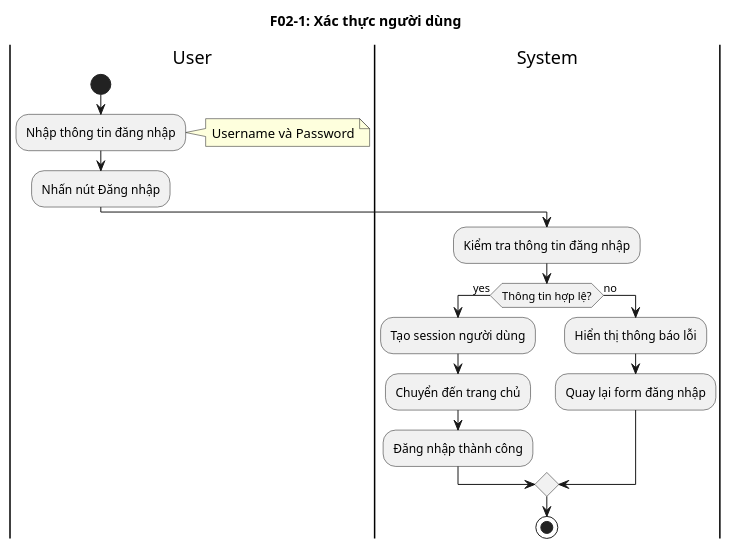
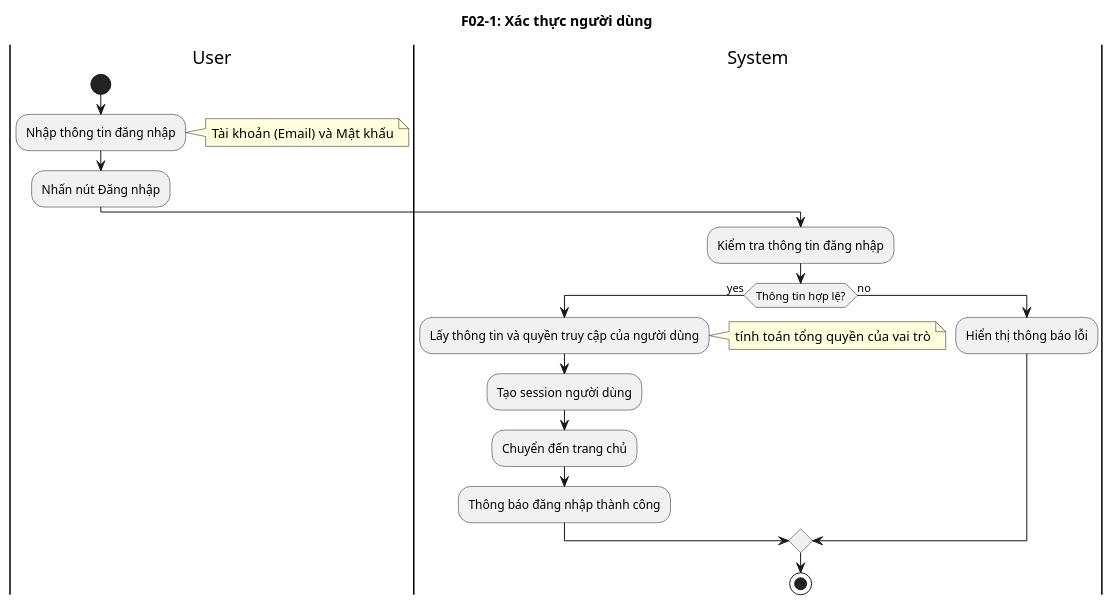
One commit to hoangh-e/PowerAppp_AppNghiPhep changed the second of 34 diagrams in activity_diagrams.puml. Above: the diagram before and after it, drawn with PlantUML. The commit also changed other lines of this file and 25 other files, not shown here.

```diff
--- a/activity_diagrams.puml
+++ b/activity_diagrams.puml
@@ -13,19 +15,20 @@
 @startuml F02_Authentication
 title F02-1: Xác thực người dùng
 |User|
 start
 :Nhập thông tin đăng nhập;
-note right: Username và Password
+note right: Tài khoản (Email) và Mật khẩu
 :Nhấn nút Đăng nhập;
 |System|
 :Kiểm tra thông tin đăng nhập;
 if (Thông tin hợp lệ?) then (yes)
+  :Lấy thông tin và quyền truy cập của người dùng;
+  note right: tính toán tổng quyền của vai trò
   :Tạo session người dùng;
   :Chuyển đến trang chủ;
-  :Đăng nhập thành công;
+  :Thông báo đăng nhập thành công;
 else (no)
   :Hiển thị thông báo lỗi;
-  :Quay lại form đăng nhập;
 endif
 stop
 @enduml
```
